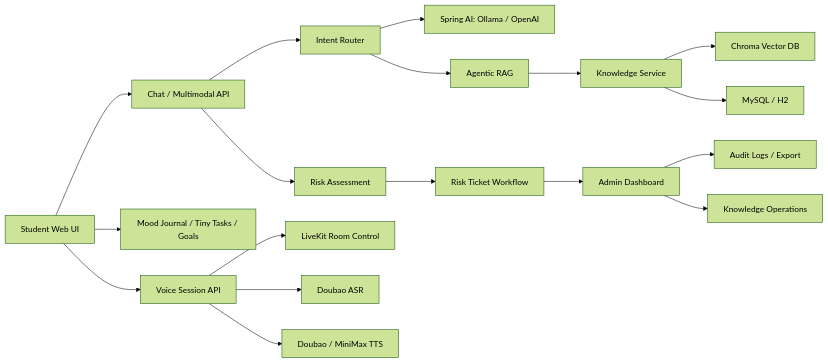
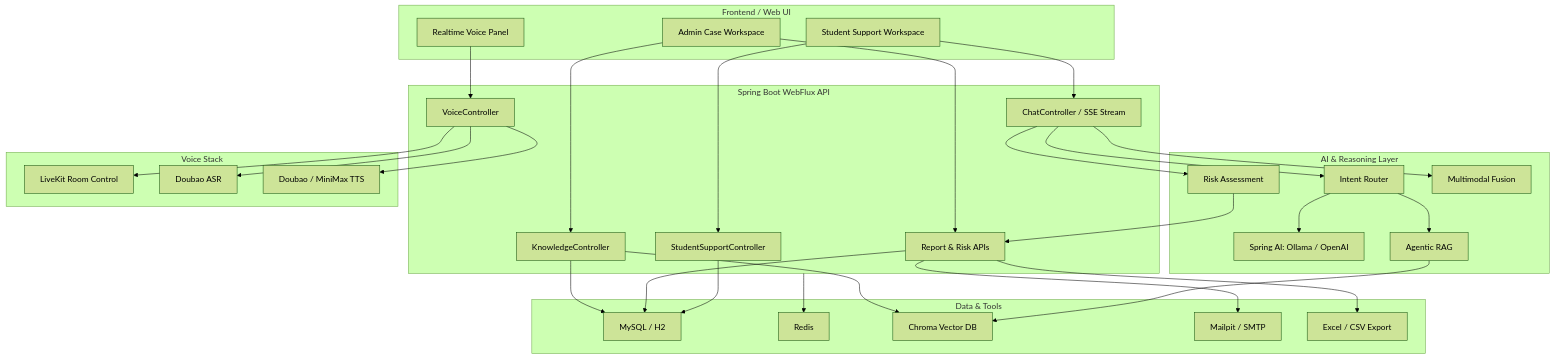
One commit to yaokai123/multimodal-mindcare-agent changed the diagram in README.md. Above: the diagram before and after it, drawn with Mermaid (forest theme). The commit also changed other lines of this file and 1 other file, not shown here.

````diff
--- a/README.md
+++ b/README.md
@@ -47,24 +86,59 @@
 ```mermaid
-flowchart LR
-    Student["Student Web UI"] --> Chat["Chat / Multimodal API"]
-    Student --> Support["Mood Journal / Tiny Tasks / Goals"]
-    Student --> Voice["Voice Session API"]
+flowchart TB
+    subgraph Client["Frontend / Web UI"]
+        Student["Student Support Workspace"]
+        Admin["Admin Case Workspace"]
+        VoiceUI["Realtime Voice Panel"]
+    end
 
-    Chat --> Router["Intent Router"]
-    Router --> LLM["Spring AI: Ollama / OpenAI"]
-    Router --> RAG["Agentic RAG"]
-    RAG --> Knowledge["Knowledge Service"]
-    Knowledge --> Chroma["Chroma Vector DB"]
-    Knowledge --> MySQL["MySQL / H2"]
+    subgraph API["Spring Boot WebFlux API"]
+        Chat["ChatController / SSE Stream"]
+        Support["StudentSupportController"]
+        Reports["Report & Risk APIs"]
+        Voice["VoiceController"]
+        KnowledgeAdmin["KnowledgeController"]
+    end
 
-    Chat --> Risk["Risk Assessment"]
-    Risk --> Ticket["Risk Ticket Workflow"]
-    Ticket --> Admin["Admin Dashboard"]
+    subgraph Intelligence["AI & Reasoning Layer"]
+        Router["Intent Router"]
+        LLM["Spring AI: Ollama / OpenAI"]
+        RAG["Agentic RAG"]
+        Risk["Risk Assessment"]
+        Fusion["Multimodal Fusion"]
+    end
 
-    Voice --> LiveKit["LiveKit Room Control"]
-    Voice --> ASR["Doubao ASR"]
-    Voice --> TTS["Doubao / MiniMax TTS"]
+    subgraph Data["Data & Tools"]
+        DB["MySQL / H2"]
+        Redis["Redis"]
+        Chroma["Chroma Vector DB"]
+        Mailpit["Mailpit / SMTP"]
+        Excel["Excel / CSV Export"]
+    end
 
-    Admin --> Audit["Audit Logs / Export"]
-    Admin --> KnowledgeAdmin["Knowledge Operations"]
+    subgraph VoiceStack["Voice Stack"]
+        LiveKit["LiveKit Room Control"]
+        ASR["Doubao ASR"]
+        TTS["Doubao / MiniMax TTS"]
+    end
+
+    Student --> Chat
+    Student --> Support
+    Admin --> Reports
+    Admin --> KnowledgeAdmin
+    VoiceUI --> Voice
+
+    Chat --> Router --> LLM
+    Router --> RAG --> Chroma
+    Chat --> Risk --> Reports
+    Chat --> Fusion
+    Support --> DB
+    Reports --> DB
+    KnowledgeAdmin --> DB
+    KnowledgeAdmin --> Chroma
+    Voice --> LiveKit
+    Voice --> ASR
+    Voice --> TTS
+    Reports --> Mailpit
+    Reports --> Excel
+    API --> Redis
 ```
````
